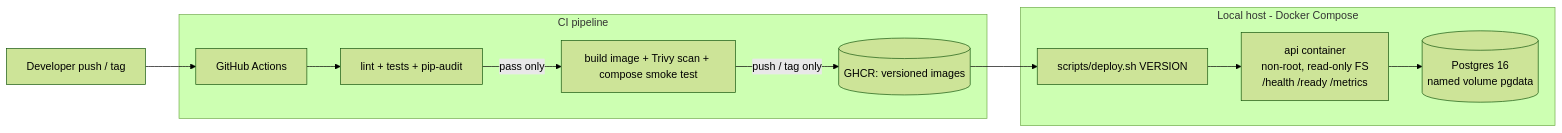
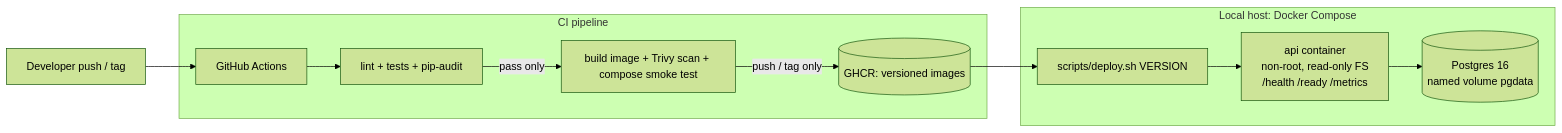
One commit to the7ag/apex-ops-api changed the diagram in README.md. Above: the diagram before and after it, drawn with Mermaid (forest theme). The commit also changed other lines of this file, not shown here.

Commit message:
README: fix clone URL placeholder, venv activation, Mermaid subgraph syntax

````diff
--- a/README.md
+++ b/README.md
@@ -11,14 +11,14 @@
 ```mermaid
 flowchart LR
   dev[Developer push / tag] --> ci[GitHub Actions]
-  subgraph CI pipeline
+  subgraph pipeline["CI pipeline"]
     ci --> lt[lint + tests + pip-audit]
     lt -->|pass only| bs[build image + Trivy scan + compose smoke test]
     bs -->|push / tag only| reg[(GHCR: versioned images)]
   end
   reg --> deploy[scripts/deploy.sh VERSION]
-  subgraph Local host - Docker Compose
+  subgraph host["Local host: Docker Compose"]
     deploy --> api[api container<br/>non-root, read-only FS<br/>/health /ready /metrics]
     api --> db[(Postgres 16<br/>named volume pgdata)]
   end
 ```
````
